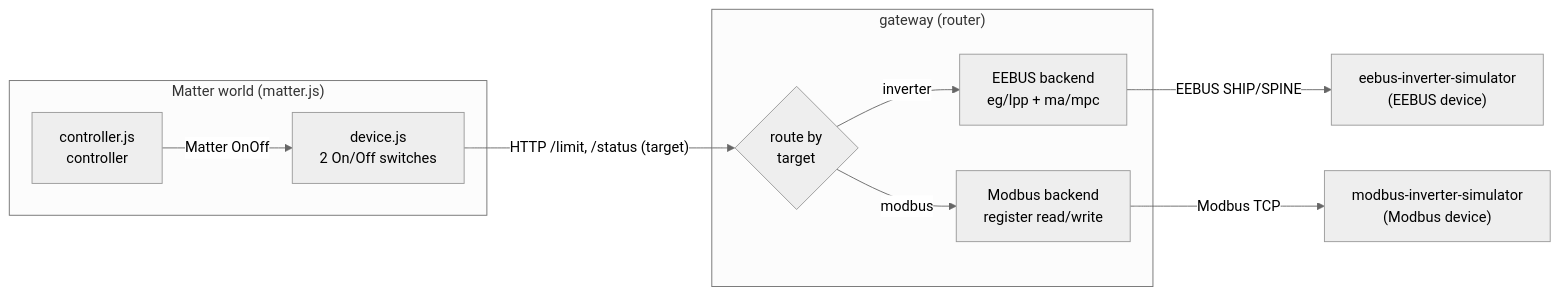
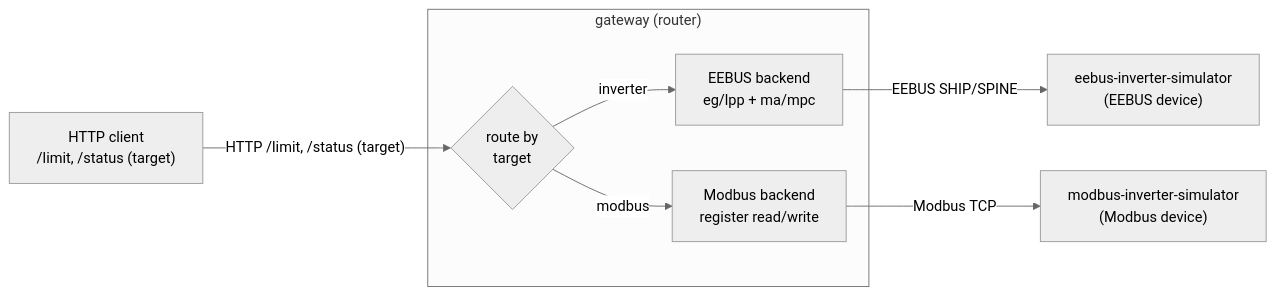
One commit to hamzayogurtcuoglu/energy-gateway changed the diagram in README.md. Above: the diagram before and after it, drawn with Mermaid (neutral theme). The commit also changed other lines of this file and 7 other files, not shown here.

````diff
--- a/README.md
+++ b/README.md
@@ -97,21 +80,17 @@
 ```mermaid
 flowchart LR
-    subgraph matter["Matter world (matter.js)"]
-        C["controller.js<br/>controller"]
-        D["device.js<br/>2 On/Off switches"]
-    end
+    H["HTTP client<br/>/limit, /status (target)"]
     subgraph gw["gateway (router)"]
         R{"route by<br/>target"}
         E["EEBUS backend<br/>eg/lpp + ma/mpc"]
         M["Modbus backend<br/>register read/write"]
     end
     I1["eebus-inverter-simulator<br/>(EEBUS device)"]
     I2["modbus-inverter-simulator<br/>(Modbus device)"]
 
-    C -->|"Matter OnOff"| D
-    D -->|"HTTP /limit, /status (target)"| R
+    H -->|"HTTP /limit, /status (target)"| R
     R -->|inverter| E
     R -->|modbus| M
     E -->|"EEBUS SHIP/SPINE"| I1
     M -->|"Modbus TCP"| I2
 ```
````
